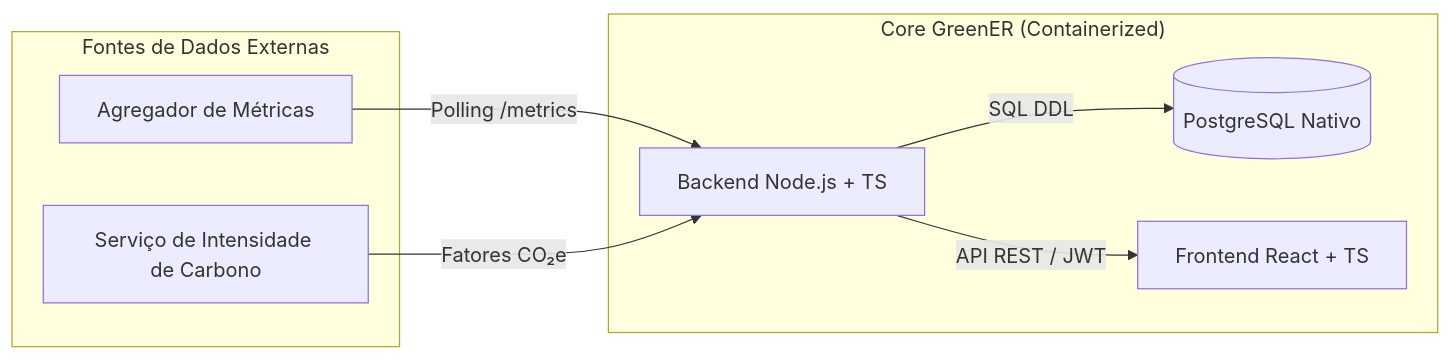
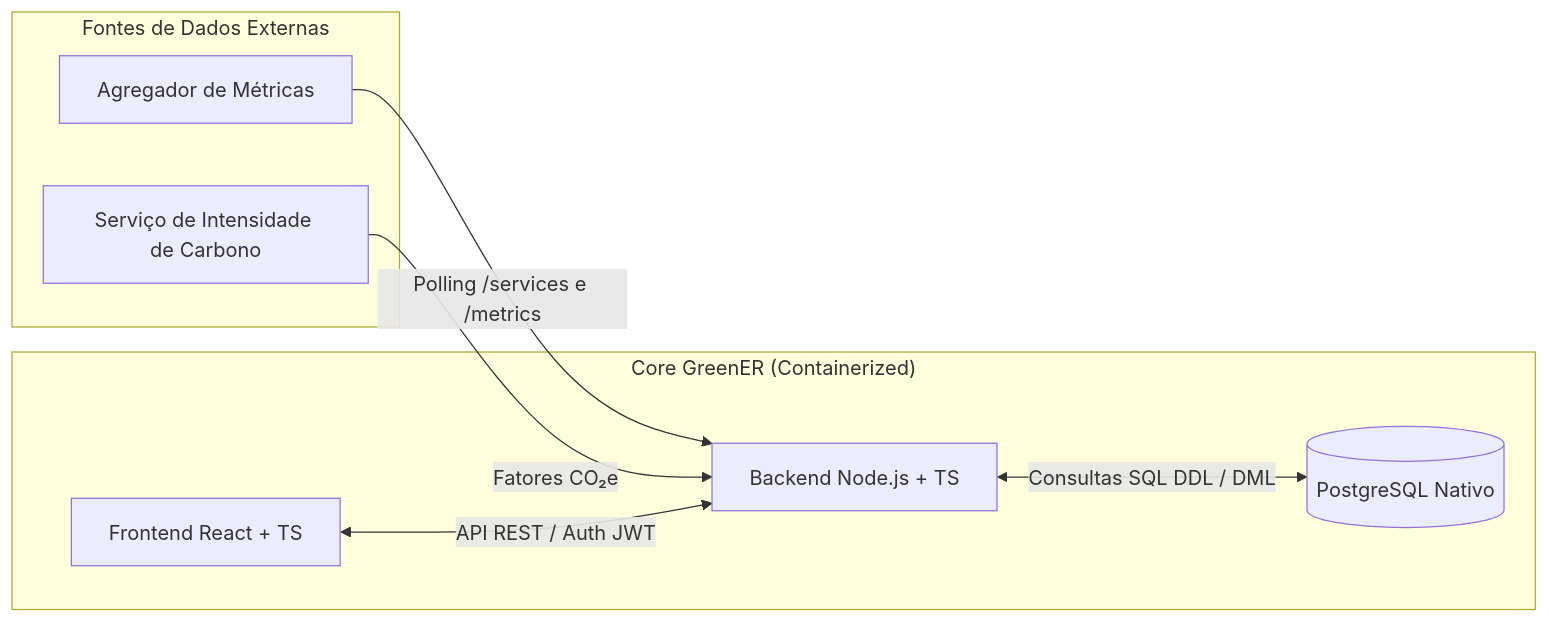
One commit to pentascripts-organization/EcoByteMetrics changed the first of 2 diagrams in README.md. Above: the diagram before and after it, drawn with Mermaid. The commit also changed other lines of this file, not shown here.

Commit message:
Update README with corrected links and diagram changes

````diff
--- a/README.md
+++ b/README.md
@@ -17,18 +17,19 @@
 ```mermaid
 graph LR
     subgraph "Fontes de Dados Externas"
         AM[Agregador de Métricas]
         SC[Serviço de Intensidade de Carbono]
     end
 
     subgraph "Core GreenER (Containerized)"
+        FE[Frontend React + TS]
         BE[Backend Node.js + TS]
         DB[(PostgreSQL Nativo)]
-        FE[Frontend React + TS]
     end
 
-    AM -->|Polling /metrics| BE
+    AM -->|Polling /services e /metrics| BE
     SC -->|Fatores CO₂e| BE
-    BE -->|SQL DDL| DB
-    BE -->|API REST / JWT| FE
+    FE <-->|API REST / Auth JWT| BE
+    BE <-->|Consultas SQL DDL / DML| DB
+
 ```
````
